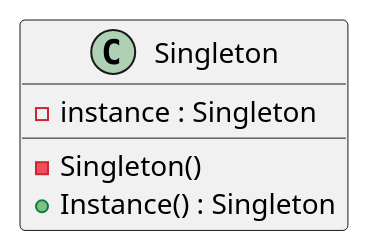
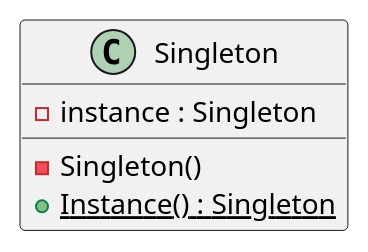
Before and after one commit to yuna611t/repo: the diagram in uml/design_pattern/Singleton.pu, drawn with PlantUML.

Commit message:
More closely implementation

```diff
--- a/uml/design_pattern/Singleton.pu
+++ b/uml/design_pattern/Singleton.pu
@@ -1,7 +1,7 @@
 @startuml
 class Singleton {
     - instance : Singleton
     - Singleton()
-    + Instance() : Singleton
+    + {static} Instance() : Singleton
 }
 @enduml
```
